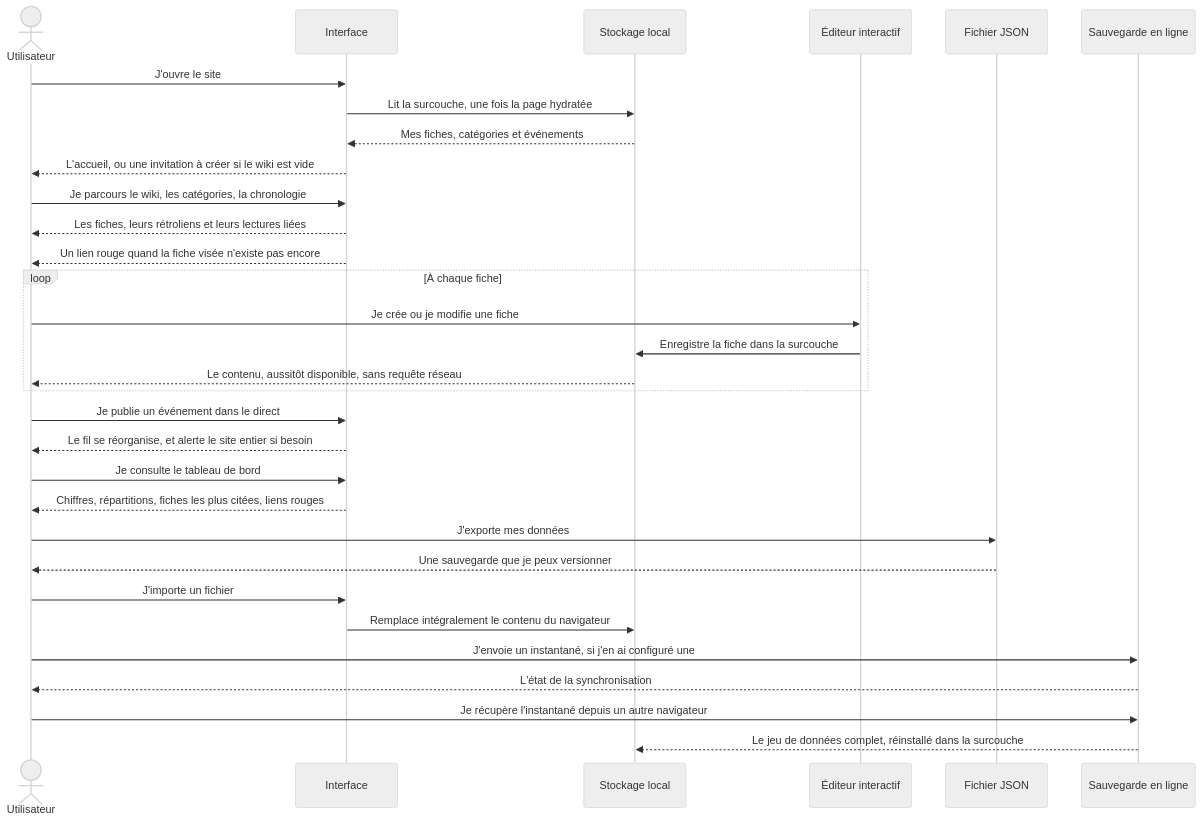
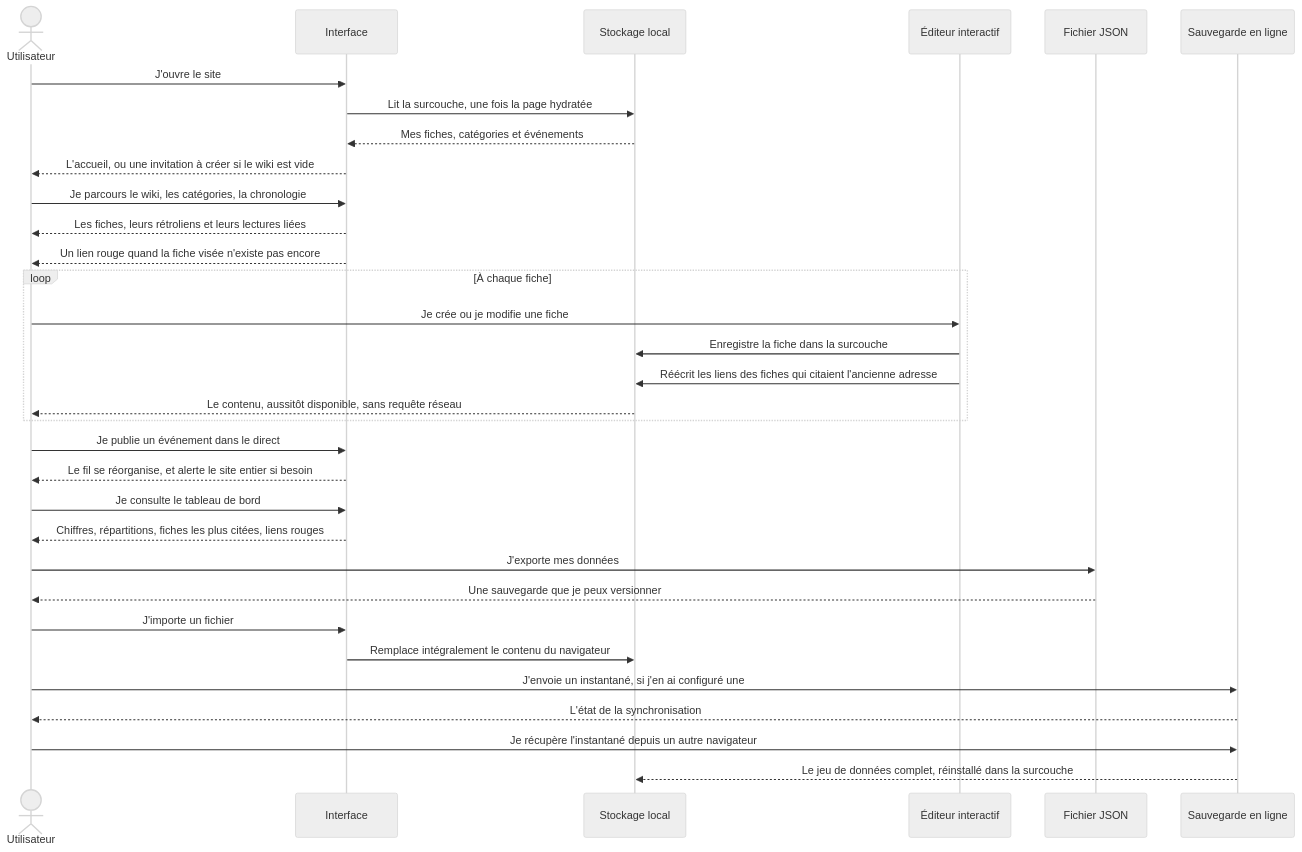
Before and after one commit to FlorianLeChat/Pericles-Initiative: the first of 2 diagrams in README.md, drawn with Mermaid (neutral theme). The commit also changed other lines of this file and 6 other files, not shown here.

````diff
--- a/README.md
+++ b/README.md
@@ -37,40 +37,41 @@
 ```mermaid
 sequenceDiagram
     actor Utilisateur
     participant Interface
     participant Stockage local
     participant Éditeur interactif
     participant Fichier JSON
     participant Sauvegarde en ligne
 
     Utilisateur->>Interface: J'ouvre le site
     Interface->>Stockage local: Lit la surcouche, une fois la page hydratée
     Stockage local-->>Interface: Mes fiches, catégories et événements
     Interface-->>Utilisateur: L'accueil, ou une invitation à créer si le wiki est vide
 
     Utilisateur->>Interface: Je parcours le wiki, les catégories, la chronologie
     Interface-->>Utilisateur: Les fiches, leurs rétroliens et leurs lectures liées
     Interface-->>Utilisateur: Un lien rouge quand la fiche visée n'existe pas encore
 
     loop À chaque fiche
         Utilisateur->>Éditeur interactif: Je crée ou je modifie une fiche
         Éditeur interactif->>Stockage local: Enregistre la fiche dans la surcouche
+        Éditeur interactif->>Stockage local: Réécrit les liens des fiches qui citaient l'ancienne adresse
         Stockage local-->>Utilisateur: Le contenu, aussitôt disponible, sans requête réseau
     end
 
     Utilisateur->>Interface: Je publie un événement dans le direct
     Interface-->>Utilisateur: Le fil se réorganise, et alerte le site entier si besoin
 
     Utilisateur->>Interface: Je consulte le tableau de bord
     Interface-->>Utilisateur: Chiffres, répartitions, fiches les plus citées, liens rouges
 
     Utilisateur->>Fichier JSON: J'exporte mes données
     Fichier JSON-->>Utilisateur: Une sauvegarde que je peux versionner
     Utilisateur->>Interface: J'importe un fichier
     Interface->>Stockage local: Remplace intégralement le contenu du navigateur
 
     Utilisateur->>Sauvegarde en ligne: J'envoie un instantané, si j'en ai configuré une
     Sauvegarde en ligne-->>Utilisateur: L'état de la synchronisation
     Utilisateur->>Sauvegarde en ligne: Je récupère l'instantané depuis un autre navigateur
     Sauvegarde en ligne-->>Stockage local: Le jeu de données complet, réinstallé dans la surcouche
 ```
````
